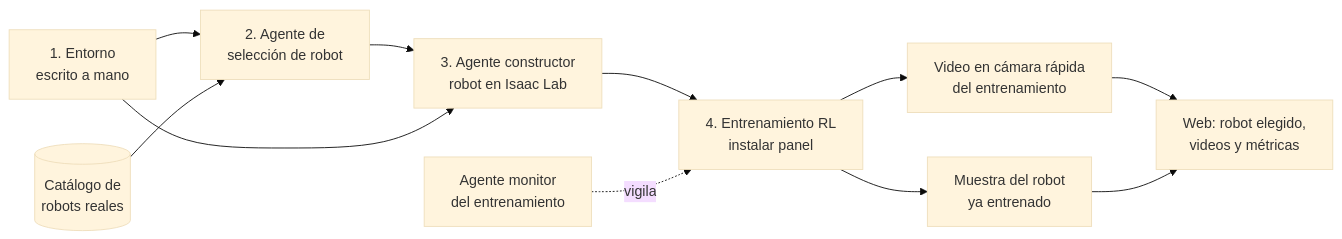
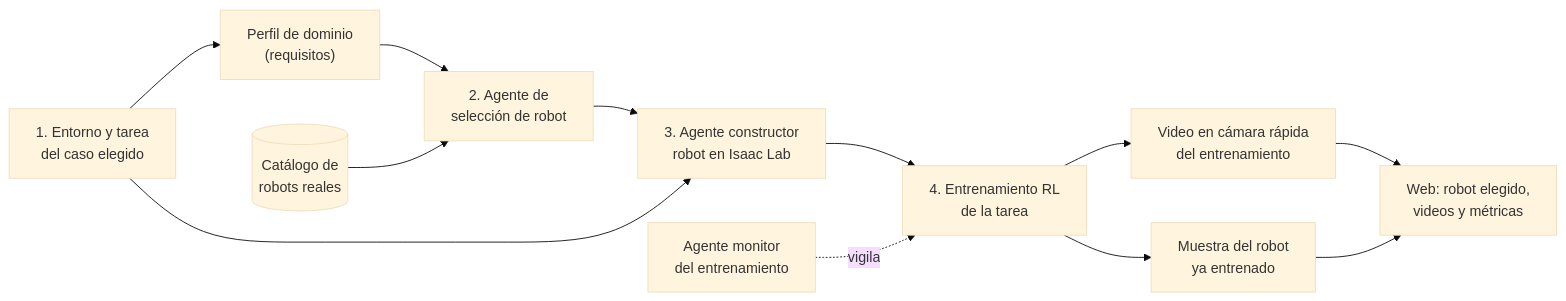
Before and after one commit to platanus-hack/platanus-hack-26-cl-team-4: the first of 9 diagrams in docs/requerimientos.md, drawn with Mermaid (base theme). The commit also changed other lines of this file and 9 other files, not shown here.

````diff
--- a/docs/requerimientos.md
+++ b/docs/requerimientos.md
@@ -35,12 +43,13 @@
 ```mermaid
 flowchart LR
-  E["1. Entorno<br/>escrito a mano"] --> R["2. Agente de<br/>selección de robot"]
+  E["1. Entorno y tarea<br/>del caso elegido"] --> P["Perfil de dominio<br/>(requisitos)"]
+  P --> R["2. Agente de<br/>selección de robot"]
   CAT[("Catálogo de<br/>robots reales")] --> R
   R --> C["3. Agente constructor<br/>robot en Isaac Lab"]
   E --> C
-  C --> L["4. Entrenamiento RL<br/>instalar panel"]
+  C --> L["4. Entrenamiento RL<br/>de la tarea"]
   M["Agente monitor<br/>del entrenamiento"] -.vigila.-> L
   L --> V1["Video en cámara rápida<br/>del entrenamiento"]
   L --> V2["Muestra del robot<br/>ya entrenado"]
   V1 & V2 --> W["Web: robot elegido,<br/>videos y métricas"]
 ```
````
